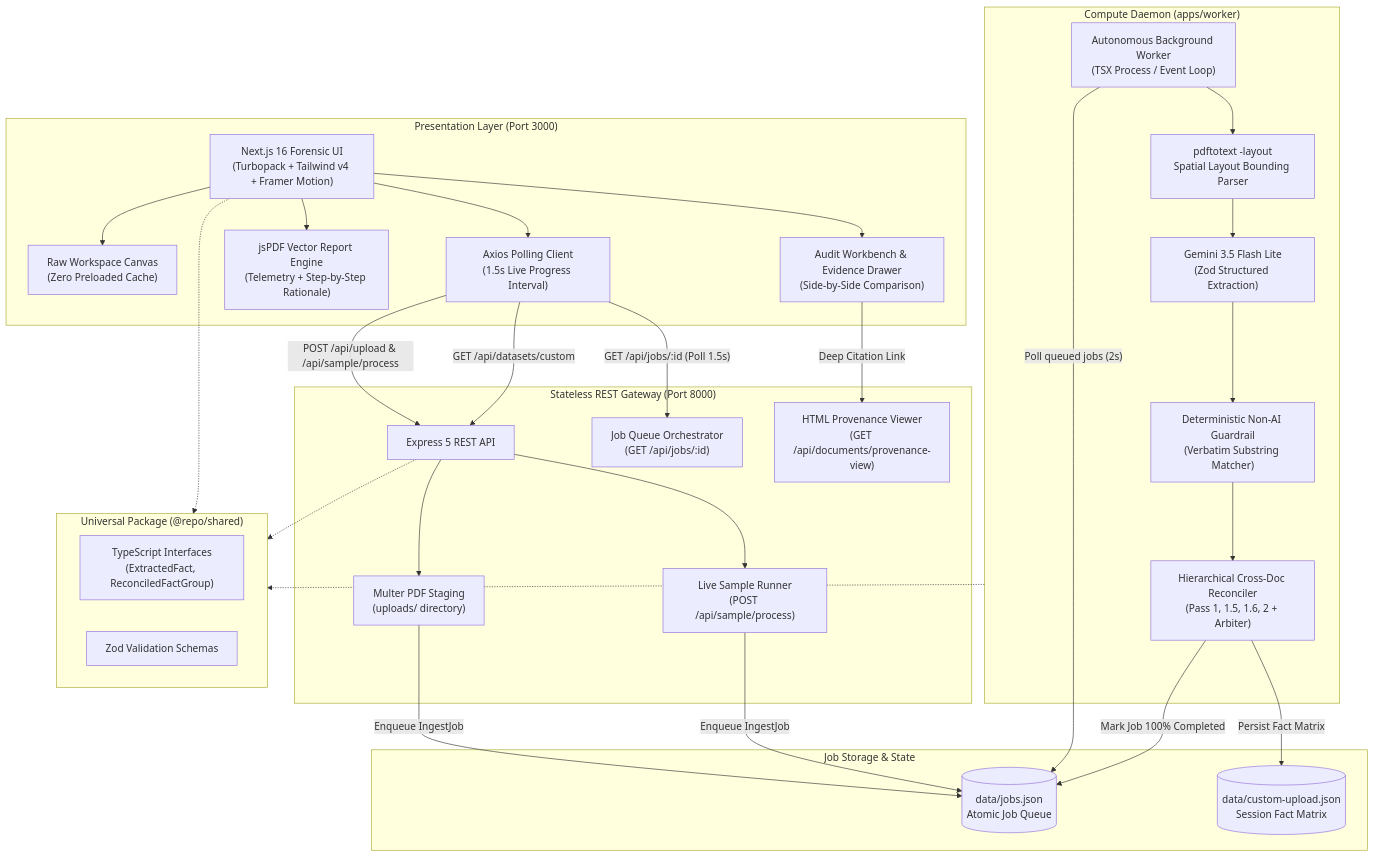
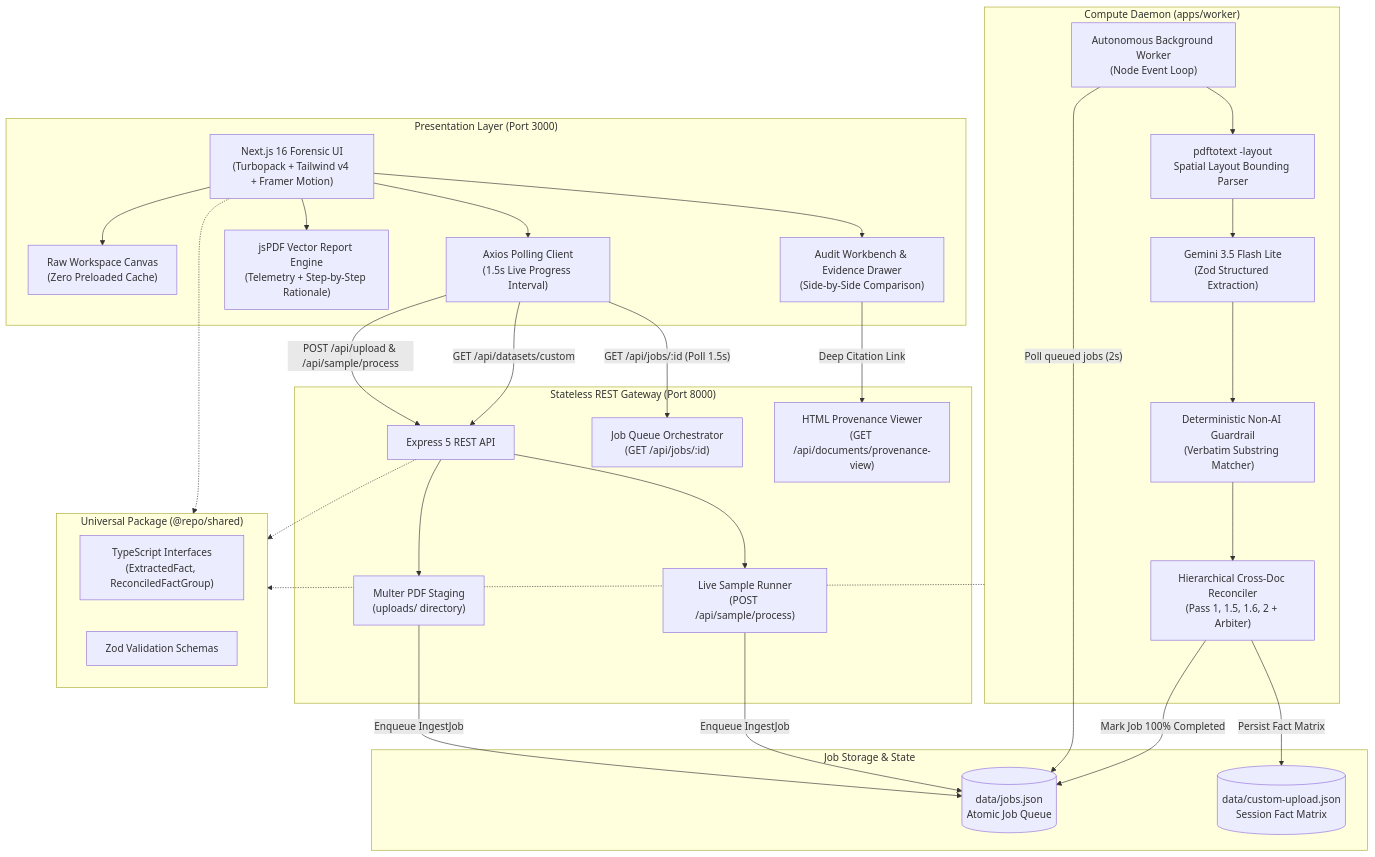
The first of 2 diagrams in README.md (AvinashK47/superknowledge), drawn with Mermaid before and after one commit. The commit also changed other lines of this file, not shown here.

````diff
--- a/README.md
+++ b/README.md
@@ -14,55 +74,55 @@
 ```mermaid
 flowchart TB
     subgraph Client["Presentation Layer (Port 3000)"]
         UI["Next.js 16 Forensic UI<br/>(Turbopack + Tailwind v4 + Framer Motion)"]
         Canvas["Raw Workspace Canvas<br/>(Zero Preloaded Cache)"]
         Workbench["Audit Workbench & Evidence Drawer<br/>(Side-by-Side Comparison)"]
         PDFGen["jsPDF Vector Report Engine<br/>(Telemetry + Step-by-Step Rationale)"]
         AxiosClient["Axios Polling Client<br/>(1.5s Live Progress Interval)"]
     end
 
     subgraph API["Stateless REST Gateway (Port 8000)"]
         Express["Express 5 REST API"]
         UploadHandler["Multer PDF Staging<br/>(uploads/ directory)"]
         SampleTrigger["Live Sample Runner<br/>(POST /api/sample/process)"]
         JobRouter["Job Queue Orchestrator<br/>(GET /api/jobs/:id)"]
         ProvenanceViewer["HTML Provenance Viewer<br/>(GET /api/documents/provenance-view)"]
     end
 
     subgraph Queue["Job Storage & State"]
         JobFile[("data/jobs.json<br/>Atomic Job Queue")]
         CustomData[("data/custom-upload.json<br/>Session Fact Matrix")]
     end
 
     subgraph Worker["Compute Daemon (apps/worker)"]
-        Daemon["Autonomous Background Worker<br/>(TSX Process / Event Loop)"]
+        Daemon["Autonomous Background Worker<br/>(Node Event Loop)"]
         PDFParser["pdftotext -layout<br/>Spatial Layout Bounding Parser"]
         LLMExtractor["Gemini 3.5 Flash Lite<br/>(Zod Structured Extraction)"]
         GuardrailEngine["Deterministic Non-AI Guardrail<br/>(Verbatim Substring Matcher)"]
         Reconciler["Hierarchical Cross-Doc Reconciler<br/>(Pass 1, 1.5, 1.6, 2 + Arbiter)"]
     end
 
     subgraph Shared["Universal Package (@repo/shared)"]
         Types["TypeScript Interfaces<br/>(ExtractedFact, ReconciledFactGroup)"]
         ZodSchemas["Zod Validation Schemas"]
     end
 
     %% Flow connections
     UI --> Canvas & Workbench & PDFGen & AxiosClient
     AxiosClient -->|"POST /api/upload & /api/sample/process"| Express
     AxiosClient -->|"GET /api/jobs/:id (Poll 1.5s)"| JobRouter
     AxiosClient -->|"GET /api/datasets/custom"| Express
 
     Express --> UploadHandler & SampleTrigger
     UploadHandler & SampleTrigger -->|"Enqueue IngestJob"| JobFile
 
     Daemon -->|"Poll queued jobs (2s)"| JobFile
     Daemon --> PDFParser --> LLMExtractor --> GuardrailEngine --> Reconciler
     Reconciler -->|"Persist Fact Matrix"| CustomData
     Reconciler -->|"Mark Job 100% Completed"| JobFile
 
     Workbench -->|"Deep Citation Link"| ProvenanceViewer
     Express -.-> Shared
     Worker -.-> Shared
     UI -.-> Shared
 ```
````
